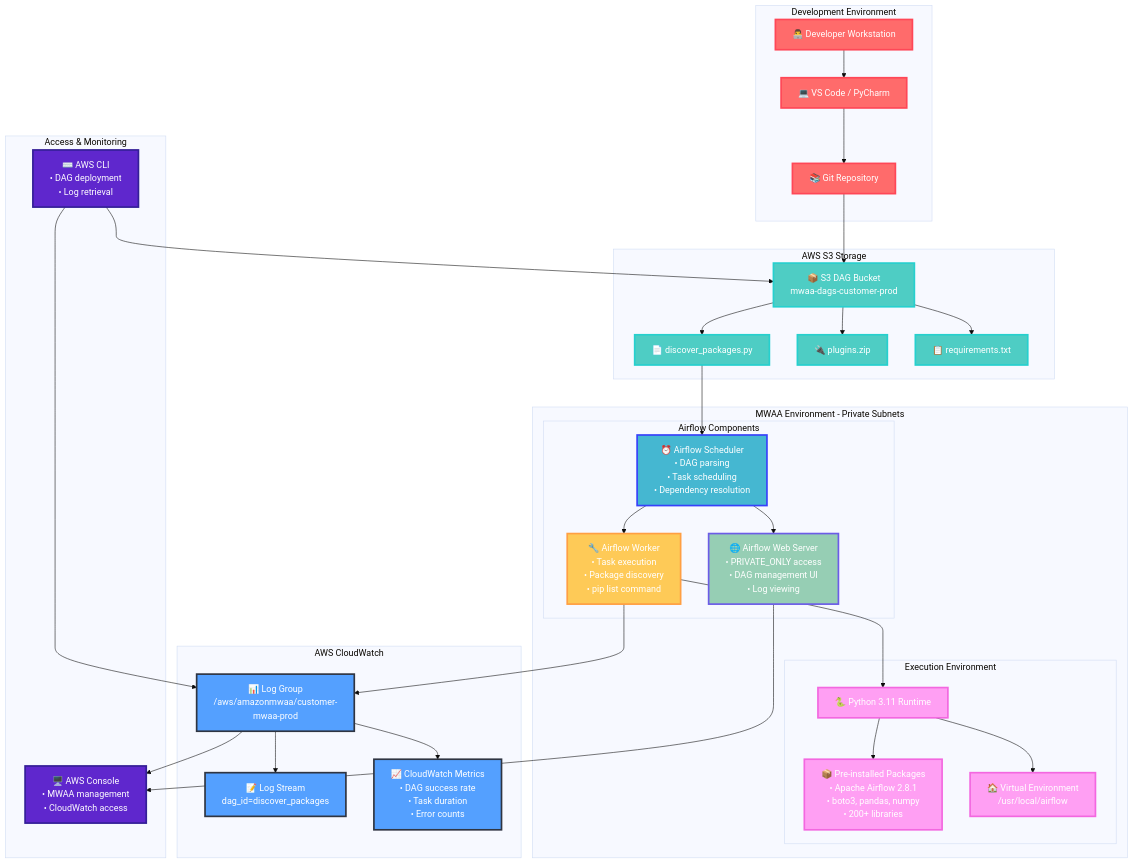
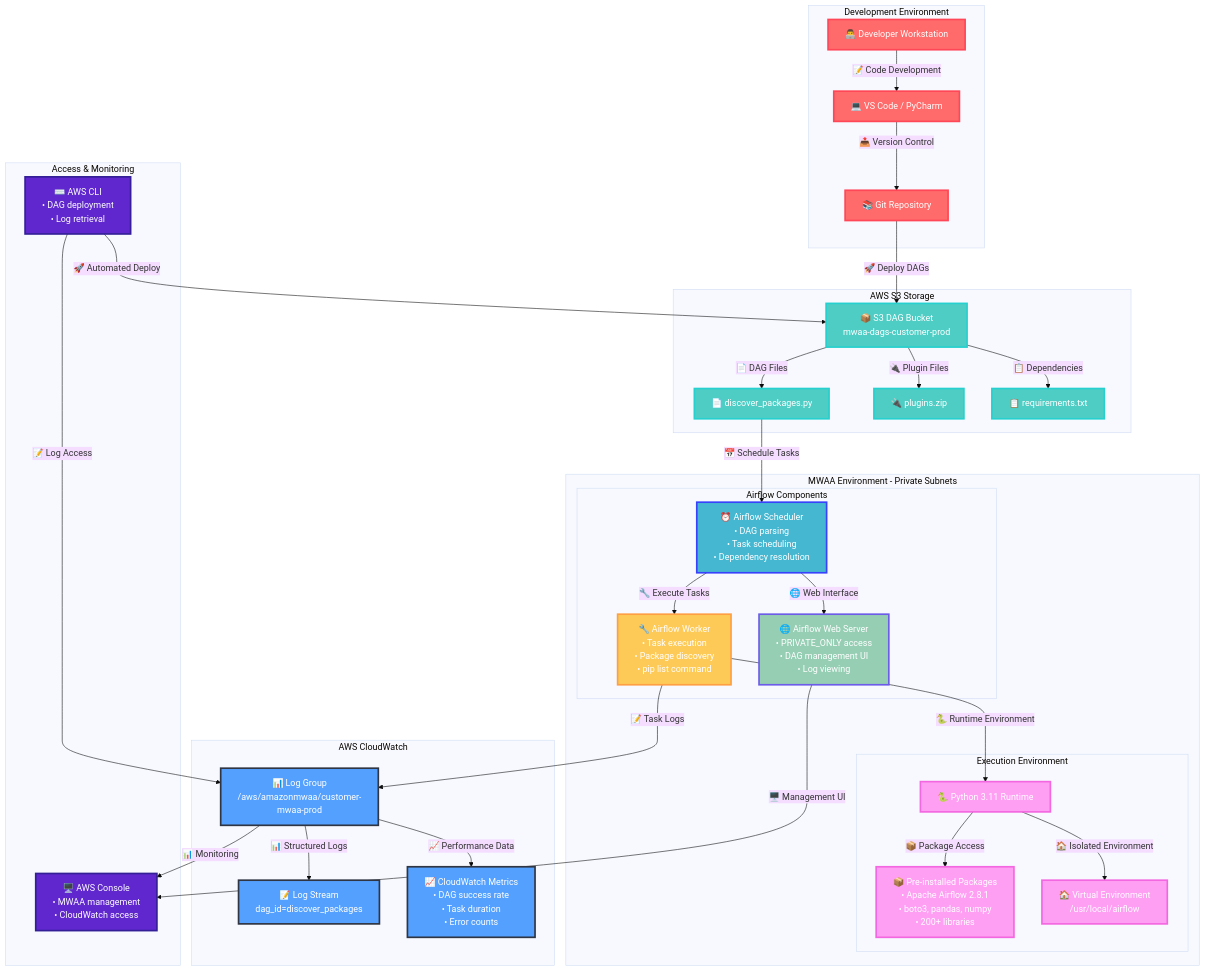
Before and after one commit to demoq-demo/mwaa: the tenth of 12 diagrams in README.md, drawn with Mermaid (base theme).

````diff
--- a/README.md
+++ b/README.md
@@ -705,73 +705,73 @@
 ```mermaid
 graph TB
     subgraph "Development Environment"
         DEV[👨‍💻 Developer Workstation]:::dev
         IDE[💻 VS Code / PyCharm]:::dev
         GIT[📚 Git Repository]:::dev
     end
     
     subgraph "AWS S3 Storage"
         S3BUCKET[📦 S3 DAG Bucket<br/>mwaa-dags-customer-prod]:::s3
         DAGFILE[📄 discover_packages.py]:::s3
         PLUGINS[🔌 plugins.zip]:::s3
         REQS[📋 requirements.txt]:::s3
     end
     
     subgraph "MWAA Environment - Private Subnets"
         subgraph "Airflow Components"
             SCHEDULER[⏰ Airflow Scheduler<br/>• DAG parsing<br/>• Task scheduling<br/>• Dependency resolution]:::scheduler
             WEBSERVER[🌐 Airflow Web Server<br/>• PRIVATE_ONLY access<br/>• DAG management UI<br/>• Log viewing]:::webserver
             WORKER[🔧 Airflow Worker<br/>• Task execution<br/>• Package discovery<br/>• pip list command]:::worker
         end
         
         subgraph "Execution Environment"
             PYTHON[🐍 Python 3.11 Runtime]:::runtime
             PACKAGES[📦 Pre-installed Packages<br/>• Apache Airflow 2.8.1<br/>• boto3, pandas, numpy<br/>• 200+ libraries]:::runtime
             VENV[🏠 Virtual Environment<br/>/usr/local/airflow]:::runtime
         end
     end
     
     subgraph "AWS CloudWatch"
         LOGGROUP[📊 Log Group<br/>/aws/amazonmwaa/customer-mwaa-prod]:::logs
         LOGSTREAM[📝 Log Stream<br/>dag_id=discover_packages]:::logs
         METRICS[📈 CloudWatch Metrics<br/>• DAG success rate<br/>• Task duration<br/>• Error counts]:::logs
     end
     
     subgraph "Access & Monitoring"
         CONSOLE[🖥️ AWS Console<br/>• MWAA management<br/>• CloudWatch access]:::access
         CLI[⌨️ AWS CLI<br/>• DAG deployment<br/>• Log retrieval]:::access
     end
     
-    DEV --> IDE
-    IDE --> GIT
-    GIT --> S3BUCKET
-    S3BUCKET --> DAGFILE
-    S3BUCKET --> PLUGINS
-    S3BUCKET --> REQS
+    DEV -->|📝 Code Development| IDE
+    IDE -->|📤 Version Control| GIT
+    GIT -->|🚀 Deploy DAGs| S3BUCKET
+    S3BUCKET -->|📄 DAG Files| DAGFILE
+    S3BUCKET -->|🔌 Plugin Files| PLUGINS
+    S3BUCKET -->|📋 Dependencies| REQS
     
-    DAGFILE --> SCHEDULER
-    SCHEDULER --> WEBSERVER
-    SCHEDULER --> WORKER
+    DAGFILE -->|📅 Schedule Tasks| SCHEDULER
+    SCHEDULER -->|🌐 Web Interface| WEBSERVER
+    SCHEDULER -->|🔧 Execute Tasks| WORKER
     
-    WORKER --> PYTHON
-    PYTHON --> PACKAGES
-    PYTHON --> VENV
+    WORKER -->|🐍 Runtime Environment| PYTHON
+    PYTHON -->|📦 Package Access| PACKAGES
+    PYTHON -->|🏠 Isolated Environment| VENV
     
-    WORKER --> LOGGROUP
-    LOGGROUP --> LOGSTREAM
-    LOGGROUP --> METRICS
+    WORKER -->|📝 Task Logs| LOGGROUP
+    LOGGROUP -->|📊 Structured Logs| LOGSTREAM
+    LOGGROUP -->|📈 Performance Data| METRICS
     
-    WEBSERVER --> CONSOLE
-    LOGGROUP --> CONSOLE
-    CLI --> S3BUCKET
-    CLI --> LOGGROUP
+    WEBSERVER -->|🖥️ Management UI| CONSOLE
+    LOGGROUP -->|📊 Monitoring| CONSOLE
+    CLI -->|🚀 Automated Deploy| S3BUCKET
+    CLI -->|📝 Log Access| LOGGROUP
     
     classDef dev fill:#FF6B6B,stroke:#FF4757,stroke-width:3px,color:#fff
     classDef s3 fill:#4ECDC4,stroke:#26D0CE,stroke-width:3px,color:#fff
     classDef scheduler fill:#45B7D1,stroke:#3742FA,stroke-width:3px,color:#fff
     classDef webserver fill:#96CEB4,stroke:#6C5CE7,stroke-width:3px,color:#fff
     classDef worker fill:#FECA57,stroke:#FF9F43,stroke-width:3px,color:#fff
     classDef runtime fill:#FF9FF3,stroke:#F368E0,stroke-width:3px,color:#fff
     classDef logs fill:#54A0FF,stroke:#2F3542,stroke-width:3px,color:#fff
     classDef access fill:#5F27CD,stroke:#341F97,stroke-width:3px,color:#fff
 ```
````
